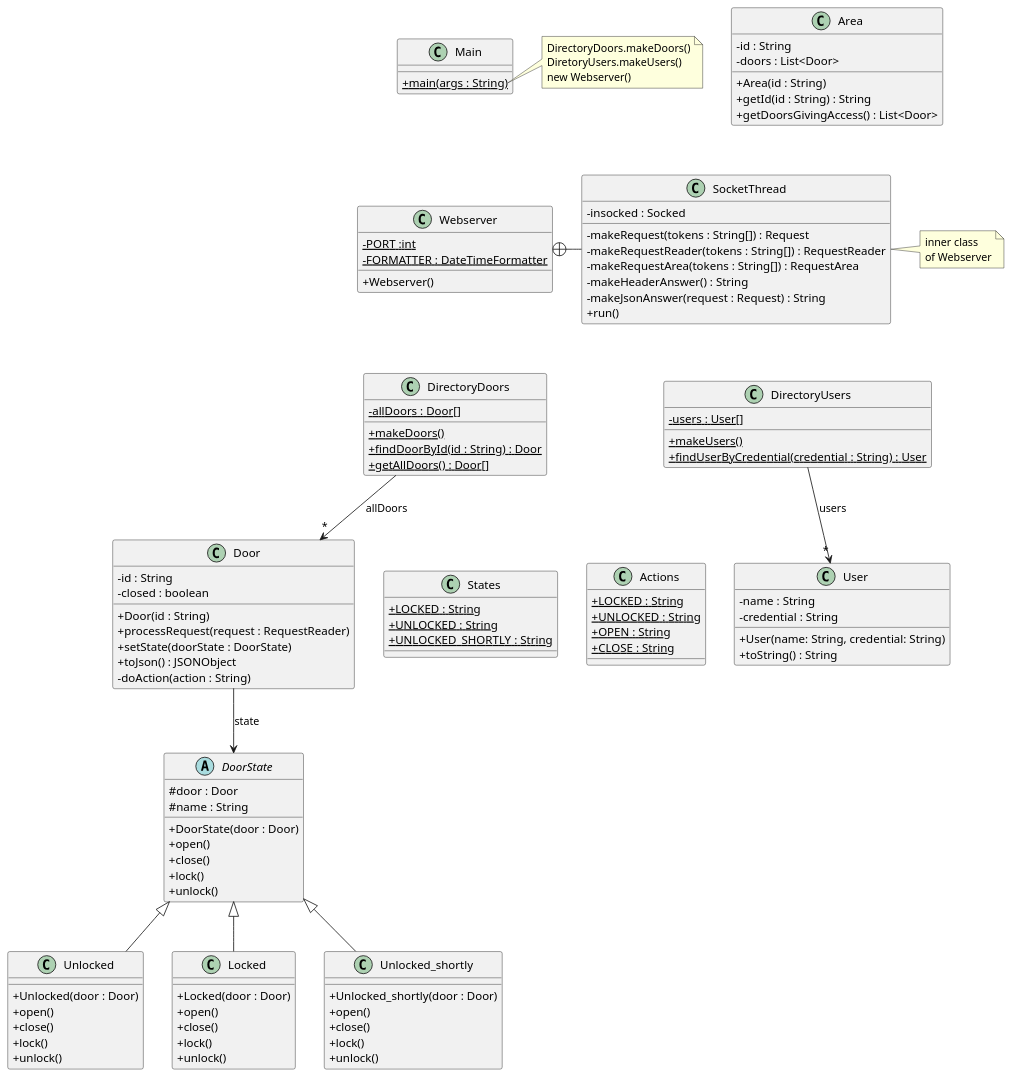
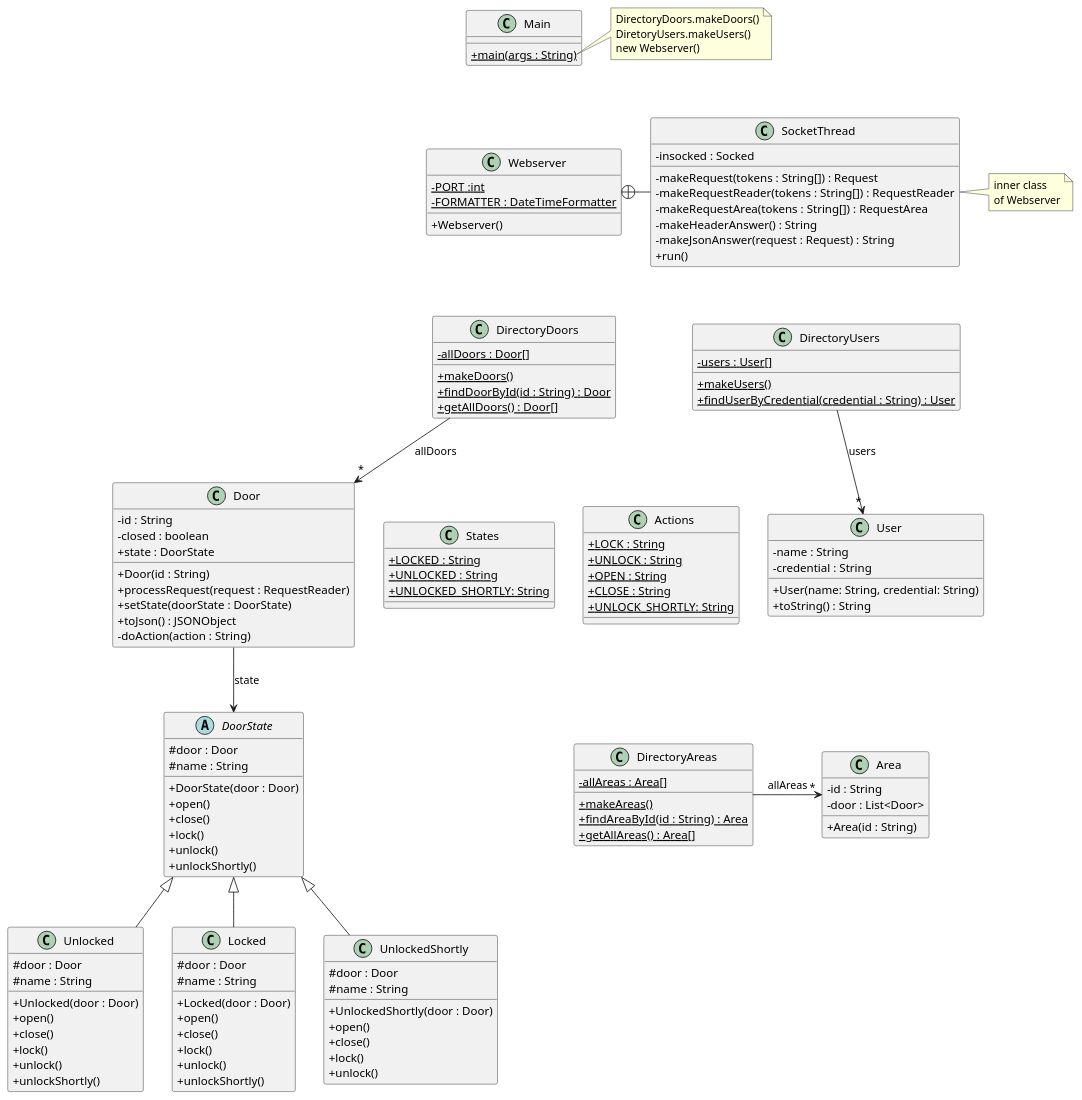
The diagram in out/production/acs/baseNoStates/uml/base_no_states.puml (MC4MP02/ACS), drawn with PlantUML before and after one commit. The commit also changed 26 other files, not shown here.

```diff
--- a/out/production/acs/baseNoStates/uml/base_no_states.puml
+++ b/out/production/acs/baseNoStates/uml/base_no_states.puml
@@ -1,138 +1,164 @@
 @startuml
 'https://plantuml.com/class-diagram
 skinparam classAttributeIconSize 0
 
 class Webserver {
 - {static} PORT :int
 - {static} FORMATTER : DateTimeFormatter
 + Webserver()
 }
 
 class SocketThread {
 - insocked : Socked
 - makeRequest(tokens : String[]) : Request
 - makeRequestReader(tokens : String[]) : RequestReader
 - makeRequestArea(tokens : String[]) : RequestArea
 - makeHeaderAnswer() : String
 - makeJsonAnswer(request : Request) : String
 + run()
 }
 
 Webserver +-right- SocketThread
 
 note right of SocketThread
 inner class
 of Webserver
 end note
 
 class DirectoryDoors {
 - {static} allDoors : Door[]
 + {static} makeDoors()
 + {static} findDoorById(id : String) : Door
 + {static} getAllDoors() : Door[]
 }
 
 DirectoryDoors --> "*" Door : "allDoors"
 
 class DirectoryUsers {
 - {static} users : User[]
 + {static} makeUsers()
 + {static} findUserByCredential(credential : String) : User
 }
 
 DirectoryUsers --> "*" User : "users"
 
 class Door {
 - id : String
 - closed : boolean
++ state : DoorState
 + Door(id : String)
 + processRequest(request : RequestReader)
 + setState(doorState : DoorState)
 + toJson() : JSONObject
 '+ toString() : String
 '+ isClosed() :boolean
 '+ setClosed(b : boolean)
 '+ getStateName() : String
 - doAction(action : String)
 }
 
 abstract class DoorState{
 #door : Door
 #name : String
 + DoorState(door : Door)
 + open()
 + close()
 + lock()
 + unlock()
++ unlockShortly()
+'+ setName(name : String)
+'+ getName() : String
 }
 
 class Unlocked extends DoorState {
+#door : Door
+#name : String
 + Unlocked(door : Door)
 + open()
 + close()
 + lock()
 + unlock()
++ unlockShortly()
 }
 
 class Locked extends DoorState {
+#door : Door
+#name : String
 + Locked(door : Door)
 + open()
 + close()
 + lock()
 + unlock()
++ unlockShortly()
 }
 
-class Unlocked_shortly extends DoorState {
-+ Unlocked_shortly(door : Door)
+class UnlockedShortly extends DoorState {
+#door : Door
+#name : String
++ UnlockedShortly(door : Door)
 + open()
 + close()
 + lock()
 + unlock()
 }
 
 class States {
 + {static} LOCKED : String
 + {static} UNLOCKED : String
-+ {static} UNLOCKED_SHORTLY : String
++ {static} UNLOCKED_SHORTLY: String
 }
 
 class Actions {
-+ {static} LOCKED : String
-+ {static} UNLOCKED : String
++ {static} LOCK : String
++ {static} UNLOCK : String
 + {static} OPEN : String
 + {static} CLOSE : String
-}
-
-class Area {
--id : String
--doors : List<Door>
-+ Area(id : String)
-+ getId(id : String) : String
-+ getDoorsGivingAccess() : List<Door>
++ {static} UNLOCK_SHORTLY: String
 }
 
 class User {
 - name : String
 - credential : String
 + User(name: String, credential: String)
 + toString() : String
 }
+
+
+class Area {
+- id : String
+- door : List<Door>
++ Area(id : String)
+'+ getId() : String
+}
+
+
+
+class DirectoryAreas {
+- {static} allAreas : Area[]
++ {static} makeAreas()
++ {static} findAreaById(id : String) : Area
++ {static} getAllAreas() : Area[]
+}
+
+DirectoryAreas --> "*" Area : "allAreas"
 
 
 class Main {
 + {static} main(args : String)
 }
 
 note right of Main::main
 DirectoryDoors.makeDoors()
 DiretoryUsers.makeUsers()
 new Webserver()
 end note
 
+DirectoryAreas -[hidden]right- Area
+Area -[hidden]up- User
 Main -[hidden]down- Webserver
 Webserver -[hidden]down- DirectoryDoors
 DirectoryDoors -[hidden]right- DirectoryUsers
 Door -down-> DoorState : state
 Door -[hidden]right- States
 States -[hidden]right- Actions
 @enduml
```
